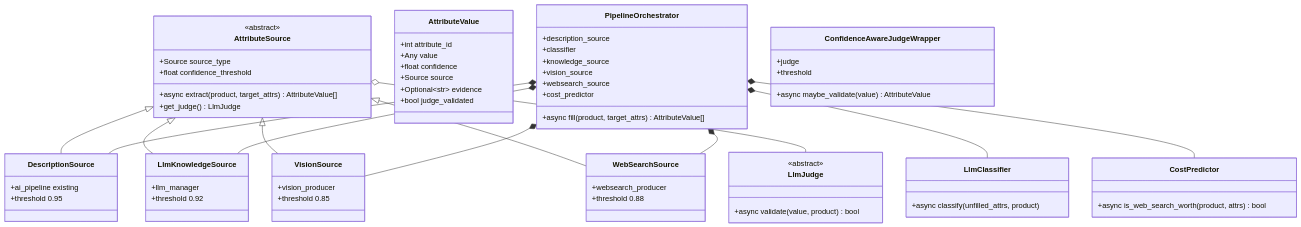
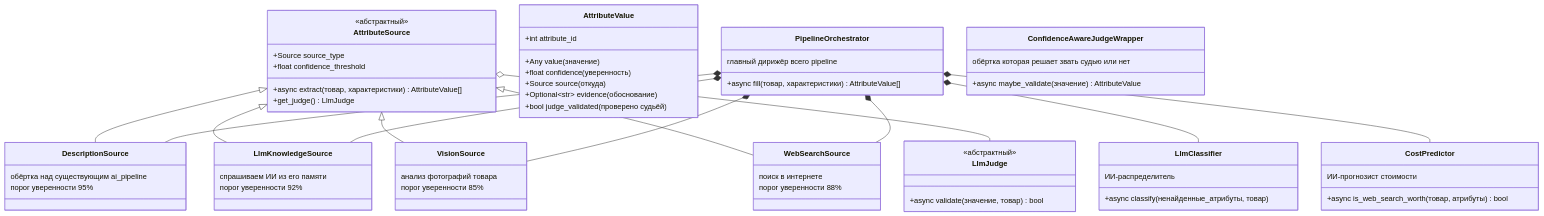
Before and after one commit to e-ComGen/eg_ai_features_service: the third of 3 diagrams in docs/architecture/pipeline.md, drawn with Mermaid. The commit also changed other lines of this file and 3 other files, not shown here.

Commit message:
docs(architecture): переписать все документы на русском с понятными объяснениями

````diff
--- a/docs/architecture/pipeline.md
+++ b/docs/architecture/pipeline.md
@@ -129,80 +138,76 @@
 ```mermaid
 classDiagram
     class AttributeSource {
-        <<abstract>>
+        <<абстрактный>>
         +Source source_type
         +float confidence_threshold
-        +async extract(product, target_attrs) AttributeValue[]
+        +async extract(товар, характеристики) AttributeValue[]
         +get_judge() LlmJudge
     }
     
     class AttributeValue {
         +int attribute_id
-        +Any value
-        +float confidence
-        +Source source
-        +Optional~str~ evidence
-        +bool judge_validated
+        +Any value (значение)
+        +float confidence (уверенность)
+        +Source source (откуда)
+        +Optional~str~ evidence (обоснование)
+        +bool judge_validated (проверено судьёй)
     }
     
     class DescriptionSource {
-        +ai_pipeline existing
-        +threshold 0.95
+        обёртка над существующим ai_pipeline
+        порог уверенности 95%
     }
     
     class LlmKnowledgeSource {
-        +llm_manager
-        +threshold 0.92
+        спрашиваем ИИ из его памяти
+        порог уверенности 92%
     }
     
     class VisionSource {
-        +vision_producer
-        +threshold 0.85
+        анализ фотографий товара
+        порог уверенности 85%
     }
     
     class WebSearchSource {
-        +websearch_producer
-        +threshold 0.88
+        поиск в интернете
+        порог уверенности 88%
     }
     
     class LlmJudge {
-        <<abstract>>
-        +async validate(value, product) bool
+        <<абстрактный>>
+        +async validate(значение, товар) bool
     }
     
     class LlmClassifier {
-        +async classify(unfilled_attrs, product)
+        ИИ-распределитель
+        +async classify(ненайденные_атрибуты, товар)
     }
     
     class CostPredictor {
-        +async is_web_search_worth(product, attrs) bool
+        ИИ-прогнозист стоимости
+        +async is_web_search_worth(товар, атрибуты) bool
     }
     
     class PipelineOrchestrator {
-        +description_source
-        +classifier
-        +knowledge_source
-        +vision_source
-        +websearch_source
-        +cost_predictor
-        +async fill(product, target_attrs) AttributeValue[]
+        главный дирижёр всего pipeline
+        +async fill(товар, характеристики) AttributeValue[]
     }
     
     class ConfidenceAwareJudgeWrapper {
-        +judge
-        +threshold
-        +async maybe_validate(value) AttributeValue
+        обёртка которая решает звать судью или нет
+        +async maybe_validate(значение) AttributeValue
     }
     
     AttributeSource <|-- DescriptionSource
     AttributeSource <|-- LlmKnowledgeSource
     AttributeSource <|-- VisionSource
     AttributeSource <|-- WebSearchSource
     AttributeSource o-- LlmJudge
     PipelineOrchestrator *-- DescriptionSource
     PipelineOrchestrator *-- LlmKnowledgeSource
     PipelineOrchestrator *-- VisionSource
     PipelineOrchestrator *-- WebSearchSource
     PipelineOrchestrator *-- LlmClassifier
     PipelineOrchestrator *-- CostPredictor
 ```
````
